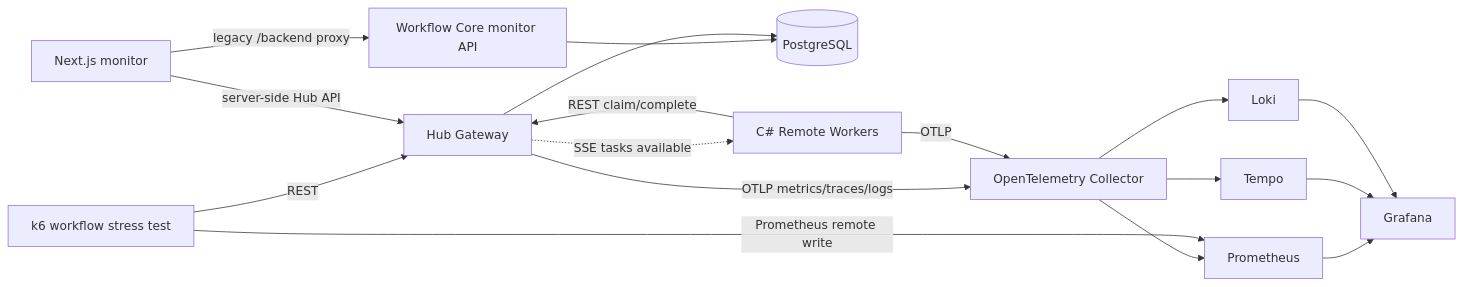
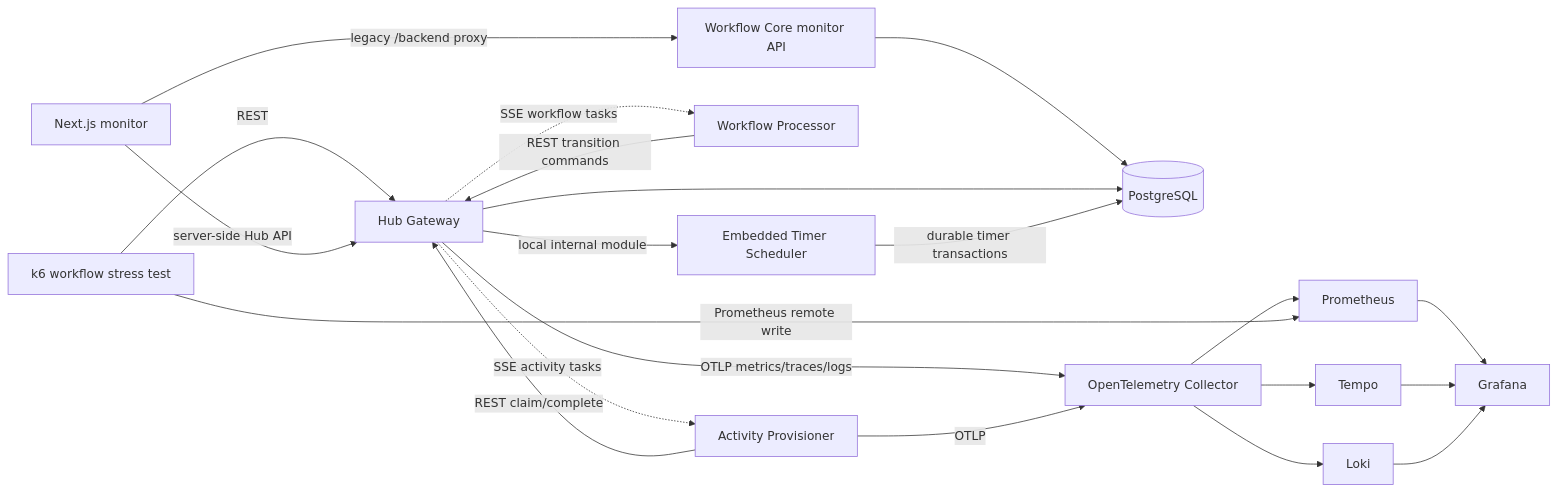
One commit to thanhhaictld/workflow-core changed the diagram in scaling/observability/README.md. Above: the diagram before and after it, drawn with Mermaid. The commit also changed other lines of this file and 8 other files, not shown here.

Commit message:
fix(remote): correctly select 3-step CI workflow; finish scheduler metrics, migration bootstrap and implementation runbook

```diff
--- a/scaling/observability/README.md
+++ b/scaling/observability/README.md
@@ -9,19 +10,23 @@
 ~~~mermaid
 flowchart LR
   K6["k6 workflow stress test"] -->|REST| H["Hub Gateway"]
   UI["Next.js monitor"] -->|server-side Hub API| H
   UI -->|legacy /backend proxy| API["Workflow Core monitor API"]
   API --> P
   H --> P[("PostgreSQL")]
-  H -. SSE tasks available .-> W["C# Remote Workers"]
+  H -. SSE workflow tasks .-> PR["Workflow Processor"]
+  H -. SSE activity tasks .-> W["Activity Provisioner"]
+  PR -->|REST transition commands| H
   W -->|REST claim/complete| H
+  H -->|local internal module| S["Embedded Timer Scheduler"]
+  S -->|durable timer transactions| P
   H -->|OTLP metrics/traces/logs| O["OpenTelemetry Collector"]
   W -->|OTLP| O
   O --> M["Prometheus"]
   O --> T["Tempo"]
   O --> L["Loki"]
   K6 -->|Prometheus remote write| M
   M --> G["Grafana"]
   T --> G
   L --> G
 ~~~
```
